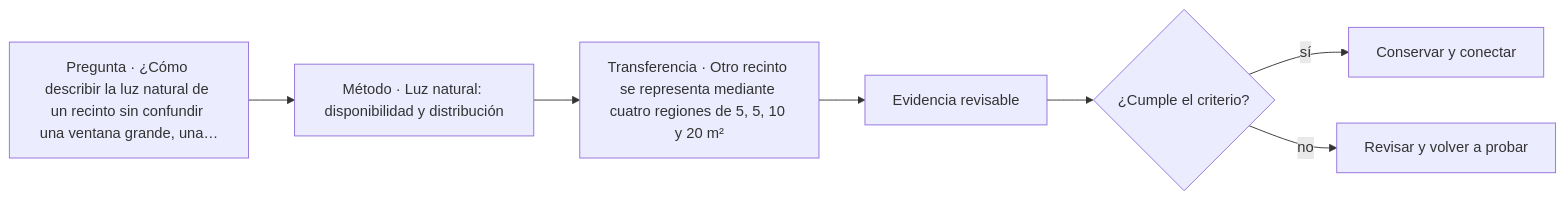
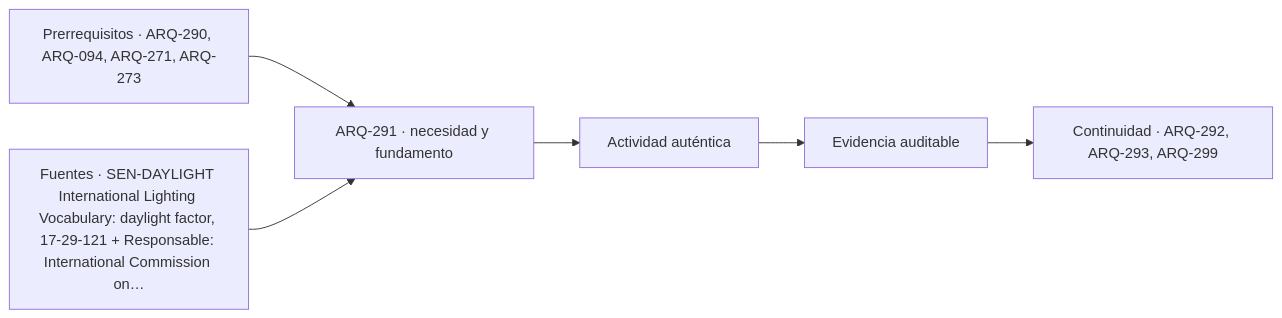
The diagram in classes/parte-30/ARQ-291.md (vladimiracunadev-create/architecture-built-environment-learning-program), drawn with Mermaid before and after one commit. The commit also changed other lines of this file and 761 other files, not shown here.

````diff
--- a/classes/parte-30/ARQ-291.md
+++ b/classes/parte-30/ARQ-291.md
@@ -91,9 +103,8 @@
 ```mermaid
 flowchart LR
-    Q["Pregunta · ¿Cómo describir la luz natural de un recinto sin confundir una ventana grande, una…"] --> M["Método · Luz natural: disponibilidad y distribución"]
-    M --> P["Transferencia · Otro recinto se representa mediante cuatro regiones de 5, 5, 10 y 20 m²"]
-    P --> E["Evidencia revisable"]
-    E --> C{"¿Cumple el criterio?"}
-    C -->|sí| T["Conservar y conectar"]
-    C -->|no| R["Revisar y volver a probar"]
+    A["Prerrequisitos · ARQ-290, ARQ-094, ARQ-271, ARQ-273"] --> B["ARQ-291 · necesidad y fundamento"]
+    S["Fuentes · SEN-DAYLIGHT International Lighting Vocabulary: daylight factor, 17-29-121 + Responsable: International Commission on…"] --> B
+    B --> C["Actividad auténtica"]
+    C --> D["Evidencia auditable"]
+    D --> E["Continuidad · ARQ-292, ARQ-293, ARQ-299"]
 ```
````
